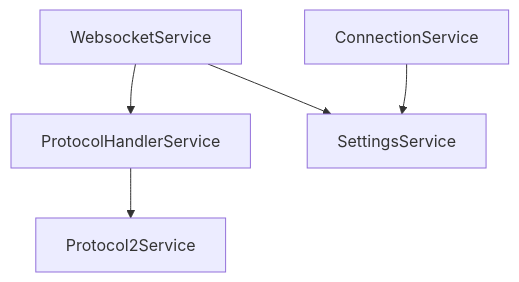
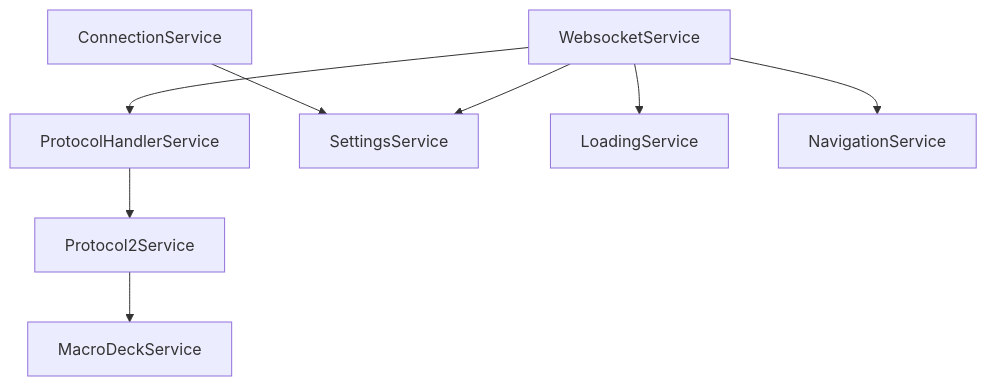
Before and after one commit to dingxyang/Macro-Deck-Client-App: the fifth of 6 diagrams in .qoder/repowiki/zh/content/架构设计/设计模式应用/依赖注入模式.md, drawn with Mermaid. The commit also changed other lines of this file and 47 other files, not shown here.

First line of the commit message:
refactor(docs): 重构 Macro Deck 客户端文档模块结构

````diff
--- a/.qoder/repowiki/zh/content/架构设计/设计模式应用/依赖注入模式.md
+++ b/.qoder/repowiki/zh/content/架构设计/设计模式应用/依赖注入模式.md
@@ -244,7 +275,10 @@
 ```mermaid
 flowchart TD
 WS["WebsocketService"] --> PH["ProtocolHandlerService"]
 PH --> P2["Protocol2Service"]
+P2 --> MD["MacroDeckService"]
 WS --> ST["SettingsService"]
 CONN["ConnectionService"] --> ST
+WS --> LO["LoadingService"]
+WS --> NAV["NavigationService"]
 ```
````
